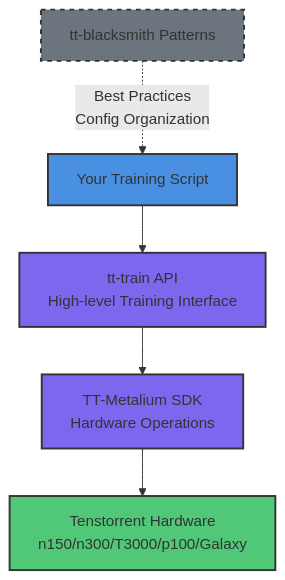
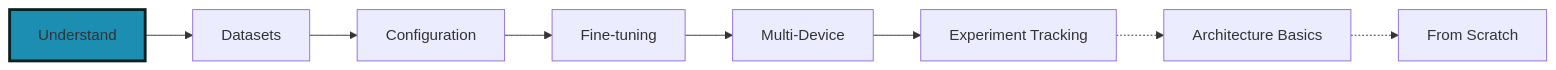
One commit to tenstorrent/tt-vscode-toolkit changed the first of 2 diagrams in content/lessons/ct1-understanding-training.md. Above: the diagram before and after it, drawn with Mermaid. The commit also changed other lines of this file and 39 other files, not shown here.

First line of the commit message:
Implement LLM from Scratch and Re-author TTML Training Workflow (#43)

````diff
--- a/content/lessons/ct1-understanding-training.md
+++ b/content/lessons/ct1-understanding-training.md
@@ -121,14 +54,12 @@
 ```mermaid
-graph TD
-    A[Your Training Script] --> B[tt-train API<br/>High-level Training Interface]
-    B --> C[TT-Metalium SDK<br/>Hardware Operations]
-    C --> D[Tenstorrent Hardware<br/>n150/n300/T3000/p100/Galaxy]
+graph LR
+    A[Understand] --> B[Datasets]
+    B --> C[Configuration]
+    C --> D[Fine-tuning]
+    D --> E[Multi-Device]
+    E --> F[Experiment Tracking]
+    F -.-> G[Architecture Basics]
+    G -.-> H[From Scratch]
 
-    E[tt-blacksmith Patterns] -.->|Best Practices<br/>Config Organization| A
-
-    style A fill:#4A90E2,stroke:#333,stroke-width:2px
-    style B fill:#7B68EE,stroke:#333,stroke-width:2px
-    style C fill:#7B68EE,stroke:#333,stroke-width:2px
-    style D fill:#50C878,stroke:#333,stroke-width:2px
-    style E fill:#6C757D,stroke:#333,stroke-width:2px,stroke-dasharray: 5 5
+    style A fill:#1B8EB1,stroke:#092221,stroke-width:3px
 ```
````
